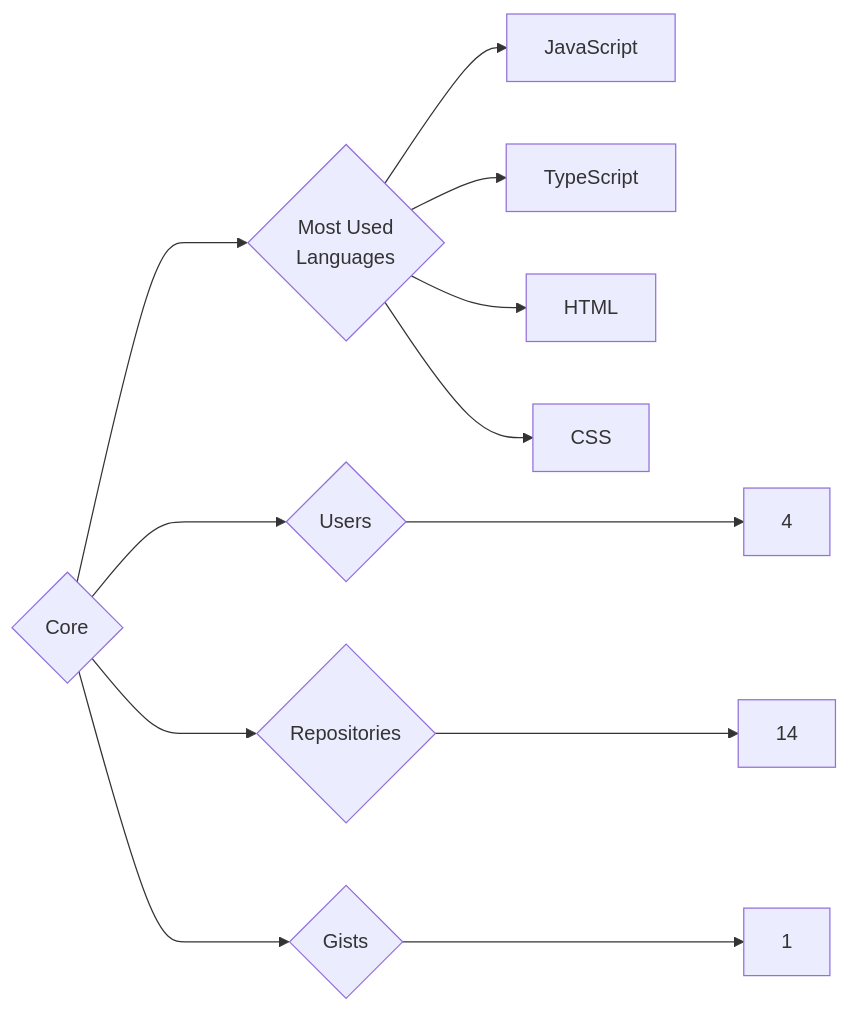
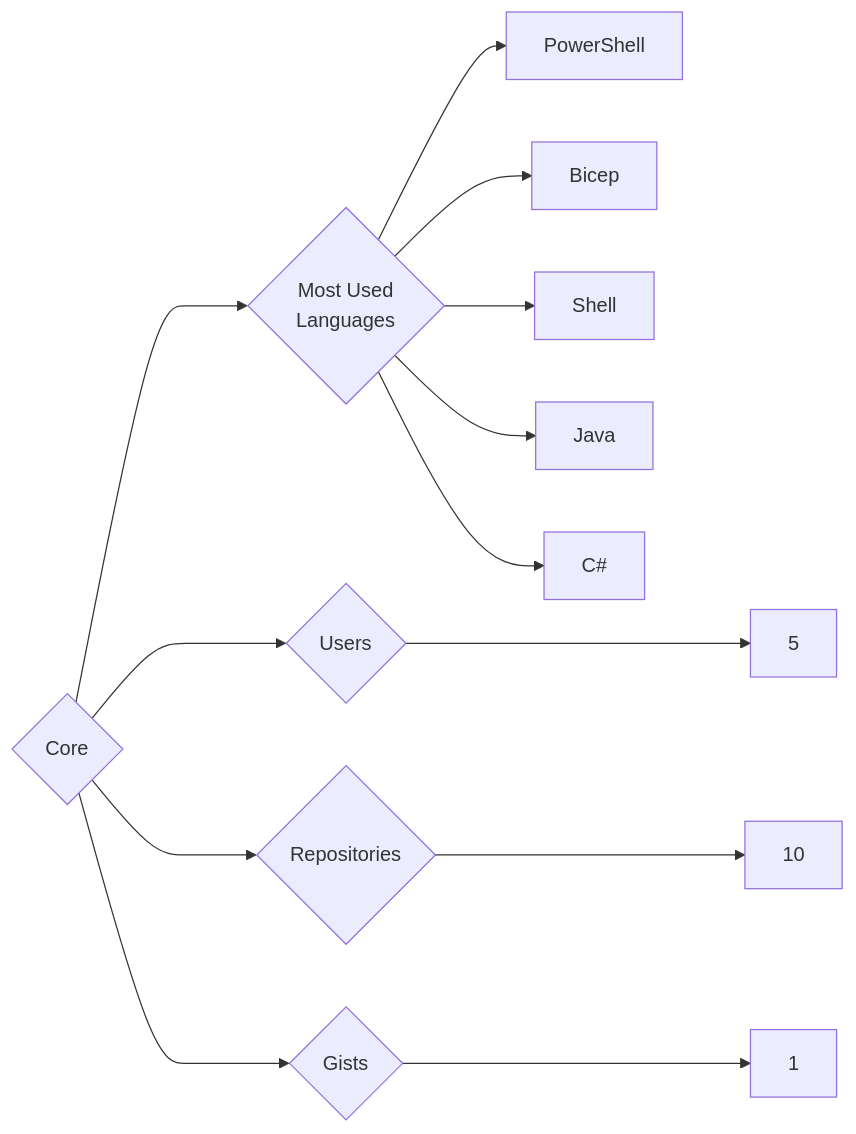
The diagram in targets/Core/README.md (trickest/insiders), drawn with Mermaid before and after one commit. The commit also changed 559 other files, not shown here.

````diff
--- a/targets/Core/README.md
+++ b/targets/Core/README.md
@@ -3,12 +3,13 @@
 ```mermaid
 graph LR
 COMPANY_NAME{Core}
-COMPANY_NAME ---> U{Users} ---> UN[4]
-COMPANY_NAME ---> R{Repositories} ---> RN[14]
+COMPANY_NAME ---> U{Users} ---> UN[5]
+COMPANY_NAME ---> R{Repositories} ---> RN[10]
 COMPANY_NAME ---> G{Gists} ---> GN[1]
 COMPANY_NAME ---> ML{Most Used<br>Languages}
-ML --> JavaScript[JavaScript]
-ML --> TypeScript[TypeScript]
-ML --> HTML[HTML]
-ML --> CSS[CSS]
+ML --> PowerShell[PowerShell]
+ML --> Bicep[Bicep]
+ML --> Shell[Shell]
+ML --> Java[Java]
+ML --> C#[C#]
 ```
````
